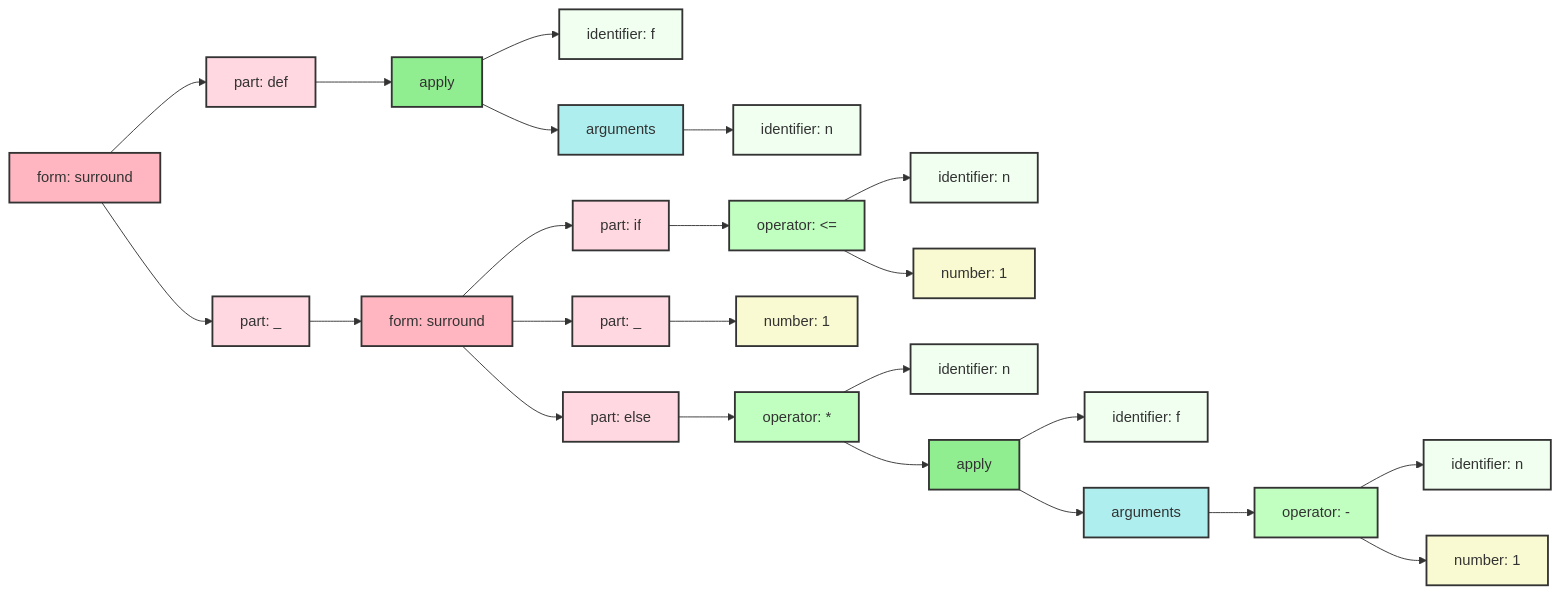
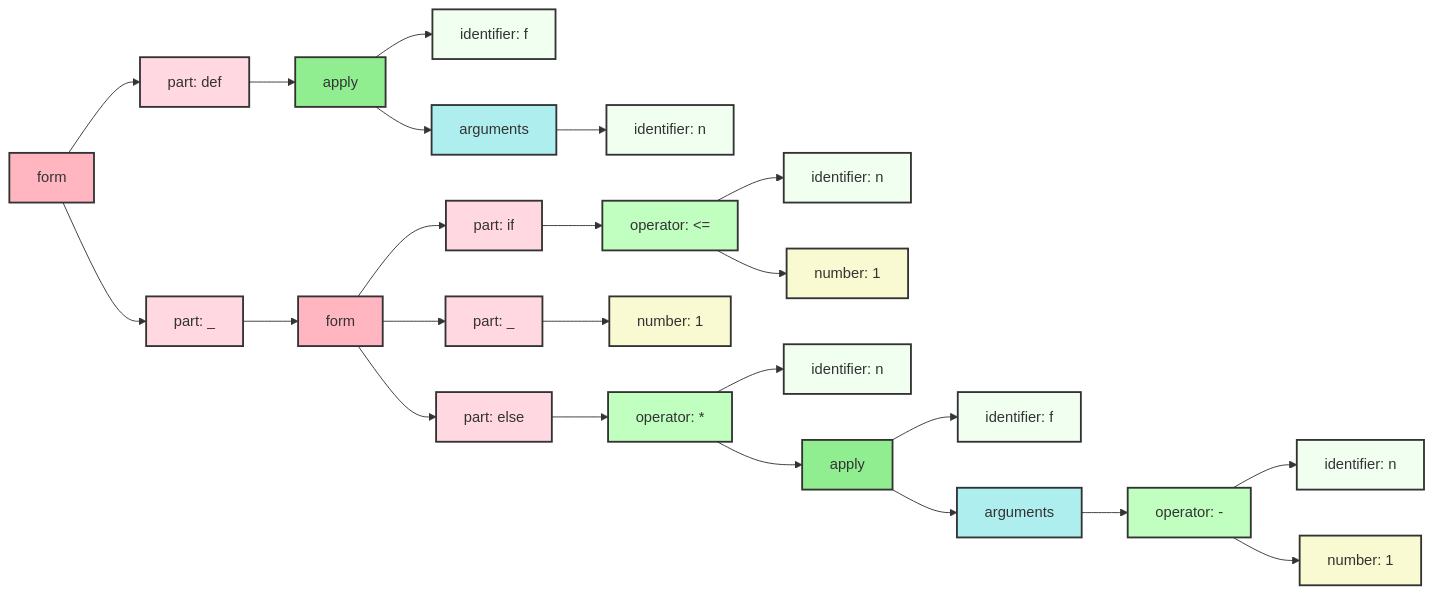
One commit to monogram-project/monogram-go changed the first of 2 diagrams in docs/factorial.md. Above: the diagram before and after it, drawn with Mermaid. The commit also changed other lines of this file and 10 other files, not shown here.

````diff
--- a/docs/factorial.md
+++ b/docs/factorial.md
@@ -21,57 +21,57 @@
 ```mermaid
 graph LR
-  134043923466896["form: surround"]:::custom_form;
-  134043923466976["part: def"]:::custom_part;
-  134043923466896 --> 134043923466976;
-  134043923467056["apply"]:::custom_apply;
-  134043923466976 --> 134043923467056;
-  134043923467136["identifier: f"]:::custom_identifier;
-  134043923467056 --> 134043923467136;
-  134043923467216["arguments"]:::custom_arguments;
-  134043923467056 --> 134043923467216;
-  134043923467296["identifier: n"]:::custom_identifier;
-  134043923467216 --> 134043923467296;
-  134043923467376["part: _"]:::custom_part;
-  134043923466896 --> 134043923467376;
-  134043923467456["form: surround"]:::custom_form;
-  134043923467376 --> 134043923467456;
-  134043923467536["part: if"]:::custom_part;
-  134043923467456 --> 134043923467536;
-  134043923467616["operator: <="]:::custom_operator;
-  134043923467536 --> 134043923467616;
-  134043923467696["identifier: n"]:::custom_identifier;
-  134043923467616 --> 134043923467696;
-  134043923467776["number: 1"]:::custom_number;
-  134043923467616 --> 134043923467776;
-  134043923467856["part: _"]:::custom_part;
-  134043923467456 --> 134043923467856;
-  134043923467936["number: 1"]:::custom_number;
-  134043923467856 --> 134043923467936;
-  134043923468016["part: else"]:::custom_part;
-  134043923467456 --> 134043923468016;
-  134043923468096["operator: *"]:::custom_operator;
-  134043923468016 --> 134043923468096;
-  134043923468176["identifier: n"]:::custom_identifier;
-  134043923468096 --> 134043923468176;
-  134043923468256["apply"]:::custom_apply;
-  134043923468096 --> 134043923468256;
-  134043923468416["identifier: f"]:::custom_identifier;
-  134043923468256 --> 134043923468416;
-  134043923468576["arguments"]:::custom_arguments;
-  134043923468256 --> 134043923468576;
-  134043923468736["operator: -"]:::custom_operator;
-  134043923468576 --> 134043923468736;
-  134043923468896["identifier: n"]:::custom_identifier;
-  134043923468736 --> 134043923468896;
-  134043923469056["number: 1"]:::custom_number;
-  134043923468736 --> 134043923469056;
+  130739599410496["form"]:::custom_form;
+  130739599410576["part: def"]:::custom_part;
+  130739599410496 --> 130739599410576;
+  130739599410656["apply"]:::custom_apply;
+  130739599410576 --> 130739599410656;
+  130739599410736["identifier: f"]:::custom_identifier;
+  130739599410656 --> 130739599410736;
+  130739599410816["arguments"]:::custom_arguments;
+  130739599410656 --> 130739599410816;
+  130739599410896["identifier: n"]:::custom_identifier;
+  130739599410816 --> 130739599410896;
+  130739599410976["part: _"]:::custom_part;
+  130739599410496 --> 130739599410976;
+  130739599411056["form"]:::custom_form;
+  130739599410976 --> 130739599411056;
+  130739599411136["part: if"]:::custom_part;
+  130739599411056 --> 130739599411136;
+  130739599411216["operator: <="]:::custom_operator;
+  130739599411136 --> 130739599411216;
+  130739599411296["identifier: n"]:::custom_identifier;
+  130739599411216 --> 130739599411296;
+  130739599411376["number: 1"]:::custom_number;
+  130739599411216 --> 130739599411376;
+  130739599411456["part: _"]:::custom_part;
+  130739599411056 --> 130739599411456;
+  130739599411536["number: 1"]:::custom_number;
+  130739599411456 --> 130739599411536;
+  130739599411616["part: else"]:::custom_part;
+  130739599411056 --> 130739599411616;
+  130739599411696["operator: *"]:::custom_operator;
+  130739599411616 --> 130739599411696;
+  130739599411776["identifier: n"]:::custom_identifier;
+  130739599411696 --> 130739599411776;
+  130739599411856["apply"]:::custom_apply;
+  130739599411696 --> 130739599411856;
+  130739599412016["identifier: f"]:::custom_identifier;
+  130739599411856 --> 130739599412016;
+  130739599412176["arguments"]:::custom_arguments;
+  130739599411856 --> 130739599412176;
+  130739599412336["operator: -"]:::custom_operator;
+  130739599412176 --> 130739599412336;
+  130739599412496["identifier: n"]:::custom_identifier;
+  130739599412336 --> 130739599412496;
+  130739599412656["number: 1"]:::custom_number;
+  130739599412336 --> 130739599412656;
 
 classDef custom_form fill:lightpink,stroke:#333,stroke-width:2px;
 classDef custom_part fill:#FFD8E1,stroke:#333,stroke-width:2px;
 classDef custom_apply fill:lightgreen,stroke:#333,stroke-width:2px;
 classDef custom_identifier fill:Honeydew,stroke:#333,stroke-width:2px;
 classDef custom_arguments fill:PaleTurquoise,stroke:#333,stroke-width:2px;
 classDef custom_operator fill:#C0FFC0,stroke:#333,stroke-width:2px;
 classDef custom_number fill:lightgoldenrodyellow,stroke:#333,stroke-width:2px;
 
 ```
````
